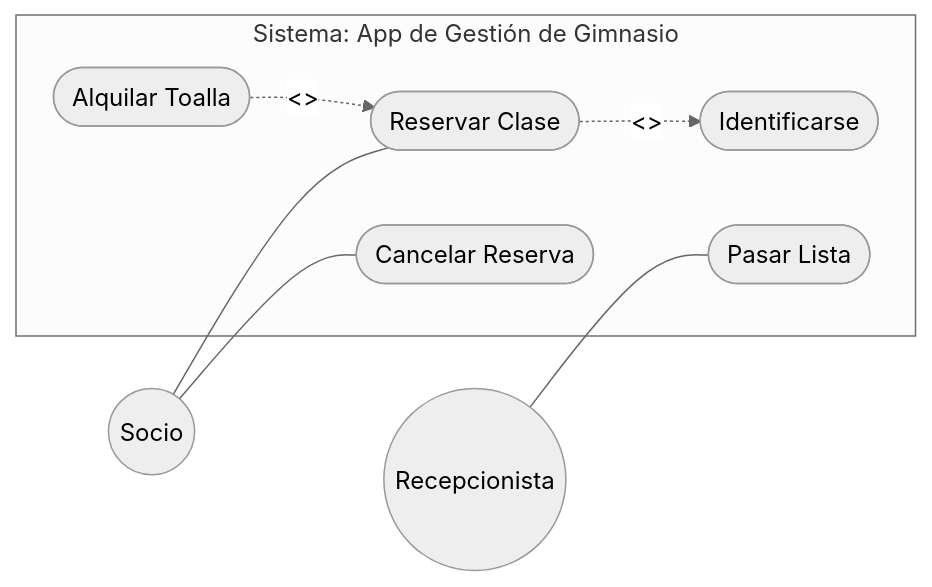
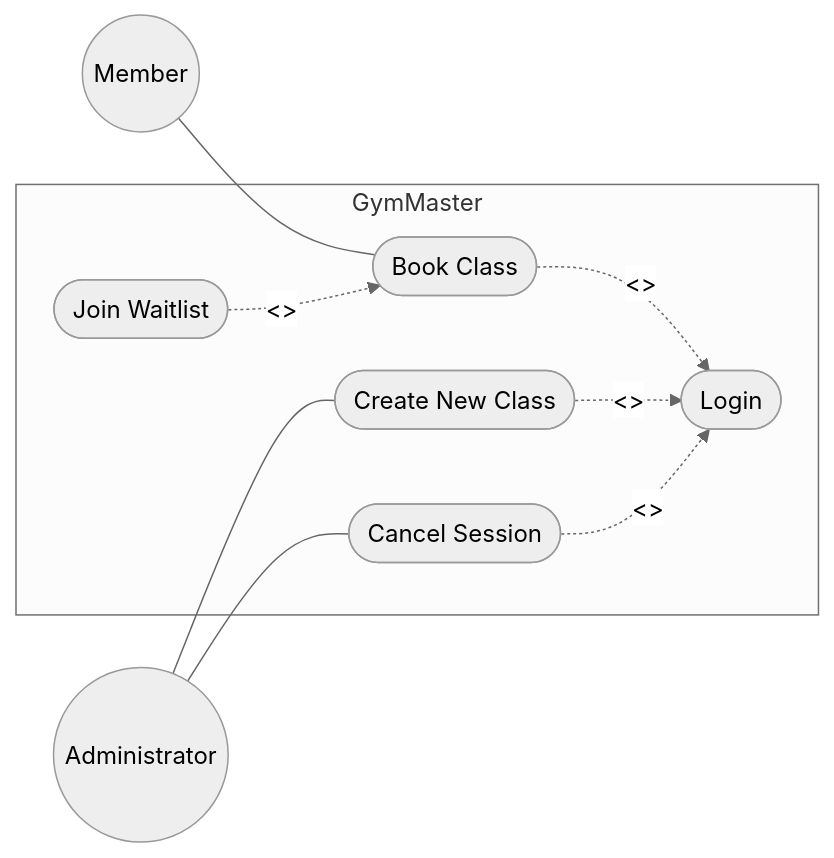
The first of 5 diagrams in README.md (rubenco615-wq/Entornos-7.5), drawn with Mermaid (neutral theme) before and after one commit. The commit also changed other lines of this file, not shown here.

First line of the commit message:
Revise exercises and diagrams in README

````diff
--- a/README.md
+++ b/README.md
@@ -5,24 +5,23 @@
 ```mermaid
 graph LR
-    %% Actores
-    Socio((Socio))
-    Recepcionista((Recepcionista))
 
-    %% Límite del sistema
-    subgraph "Sistema: App de Gestión de Gimnasio"
-        UC1([Reservar Clase])
-        UC2([Identificarse])
-        UC3([Cancelar Reserva])
-        UC4([Alquilar Toalla])
-        UC5([Pasar Lista])
+Member((Member))
+Admin((Administrator))
 
-        %% Relaciones entre casos de uso
-        UC1 -.->|<<include>>| UC2
-        UC4 -.->|<<extend>>| UC1
-    end
+subgraph "GymMaster"
+CU1([Book Class])
+CU2([Join Waitlist])
+CU3([Create New Class])
+CU4([Cancel Session])
+CU5([Login])
+end
 
-    %% Relaciones actor-caso de uso
-    Socio --- UC1
-    Socio --- UC3
-    Recepcionista --- UC5
+Member --- CU1
+Admin --- CU3
+Admin --- CU4
+
+CU1 -.->|<<include>>| CU5
+CU2 -.->|<<extend>>| CU1
+CU3 -.->|<<include>>| CU5
+CU4 -.->|<<include>>| CU5
 ```
````
